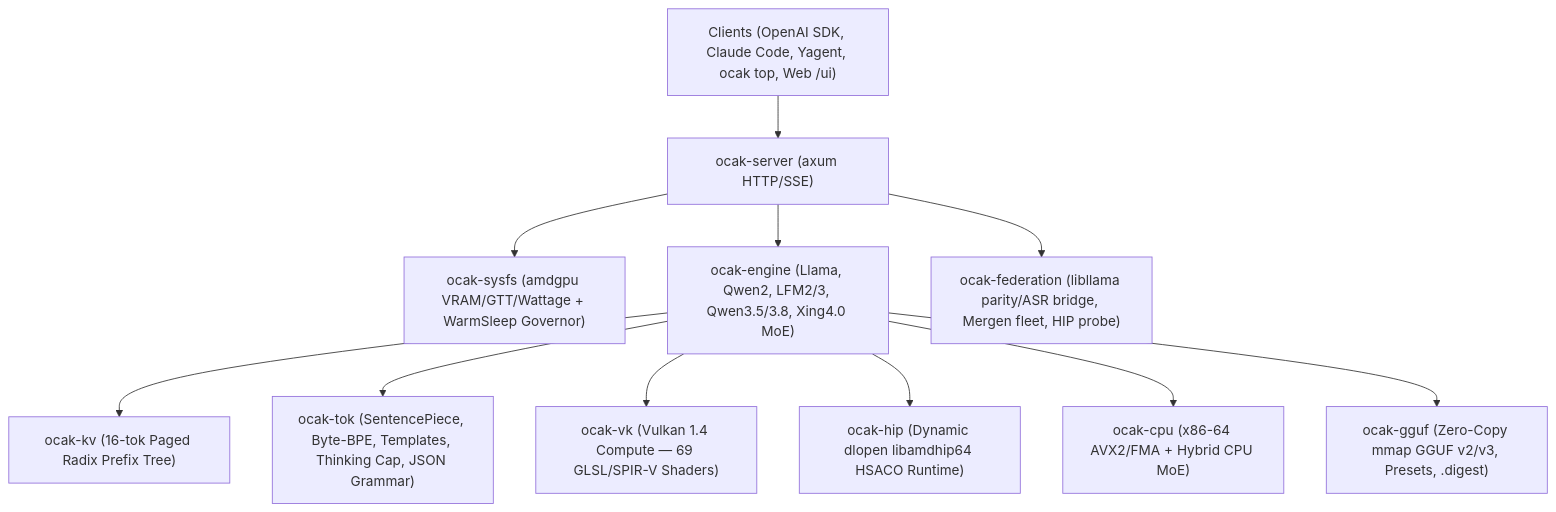
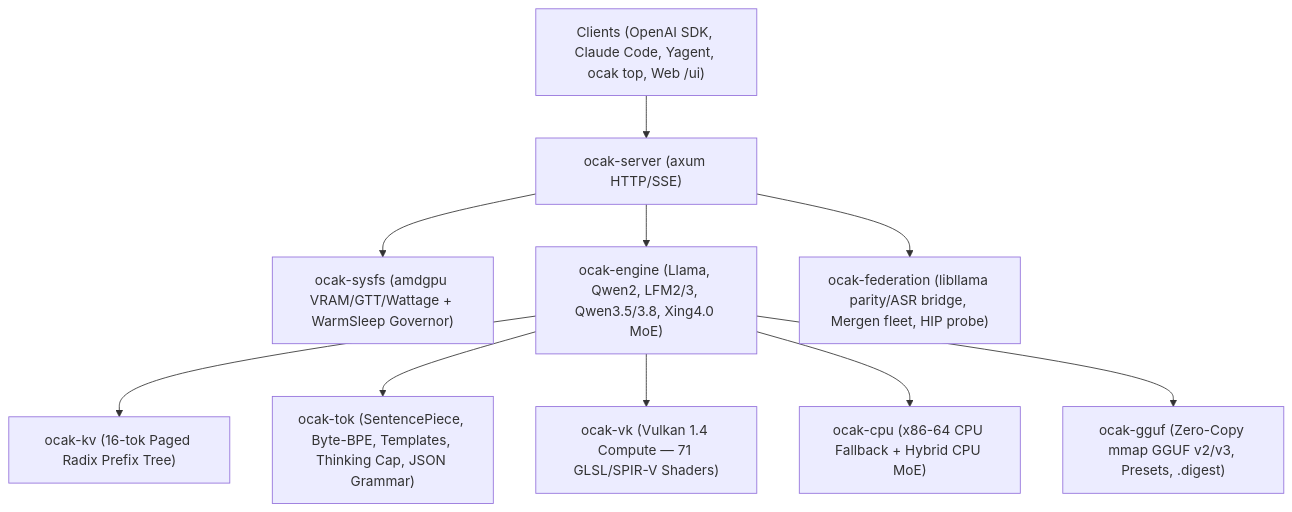
The diagram in README.md (Mechres/ocak), drawn with Mermaid before and after one commit. The commit also changed other lines of this file and 12 other files, not shown here.

````diff
--- a/README.md
+++ b/README.md
@@ -34,13 +34,12 @@
 ```mermaid
 flowchart TD
     Clients["Clients (OpenAI SDK, Claude Code, Yagent, ocak top, Web /ui)"] --> Server["ocak-server (axum HTTP/SSE)"]
     Server --> Gov["ocak-sysfs (amdgpu VRAM/GTT/Wattage + WarmSleep Governor)"]
     Server --> Engine["ocak-engine (Llama, Qwen2, LFM2/3, Qwen3.5/3.8, Xing4.0 MoE)"]
     Server --> Fed["ocak-federation (libllama parity/ASR bridge, Mergen fleet, HIP probe)"]
     Engine --> KV["ocak-kv (16-tok Paged Radix Prefix Tree)"]
     Engine --> Tok["ocak-tok (SentencePiece, Byte-BPE, Templates, Thinking Cap, JSON Grammar)"]
-    Engine --> VK["ocak-vk (Vulkan 1.4 Compute — 69 GLSL/SPIR-V Shaders)"]
-    Engine --> HIP["ocak-hip (Dynamic dlopen libamdhip64 HSACO Runtime)"]
-    Engine --> CPU["ocak-cpu (x86-64 AVX2/FMA + Hybrid CPU MoE)"]
+    Engine --> VK["ocak-vk (Vulkan 1.4 Compute — 71 GLSL/SPIR-V Shaders)"]
+    Engine --> CPU["ocak-cpu (x86-64 CPU Fallback + Hybrid CPU MoE)"]
     Engine --> GGUF["ocak-gguf (Zero-Copy mmap GGUF v2/v3, Presets, .digest)"]
 ```
````
